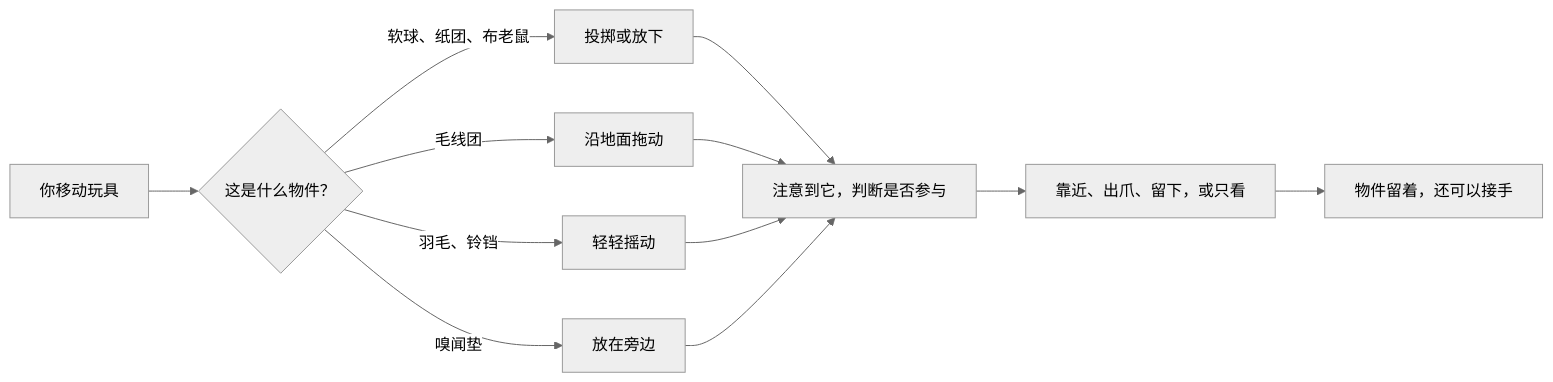
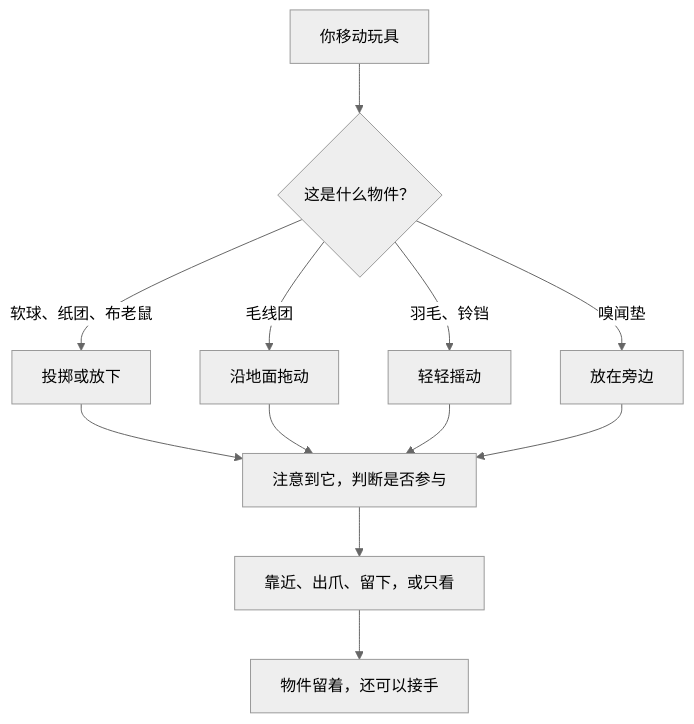
The first of 2 diagrams in docs/BEHAVIOR.md (yuzhang-zhong/banban-desktop-releases), drawn with Mermaid (neutral theme) before and after one commit.

Commit message:
Fit toy behavior diagram to documentation width

````diff
--- a/docs/BEHAVIOR.md
+++ b/docs/BEHAVIOR.md
@@ -24,14 +24,14 @@
 ```mermaid
-flowchart LR
+flowchart TD
     A[你移动玩具] --> B{这是什么物件？}
     B -->|软球、纸团、布老鼠| C[投掷或放下]
     B -->|毛线团| D[沿地面拖动]
     B -->|羽毛、铃铛| E[轻轻摇动]
     B -->|嗅闻垫| F[放在旁边]
     C --> G[注意到它，判断是否参与]
     D --> G
     E --> G
     F --> G
     G --> H[靠近、出爪、留下，或只看]
     H --> I[物件留着，还可以接手]
 ```
````
